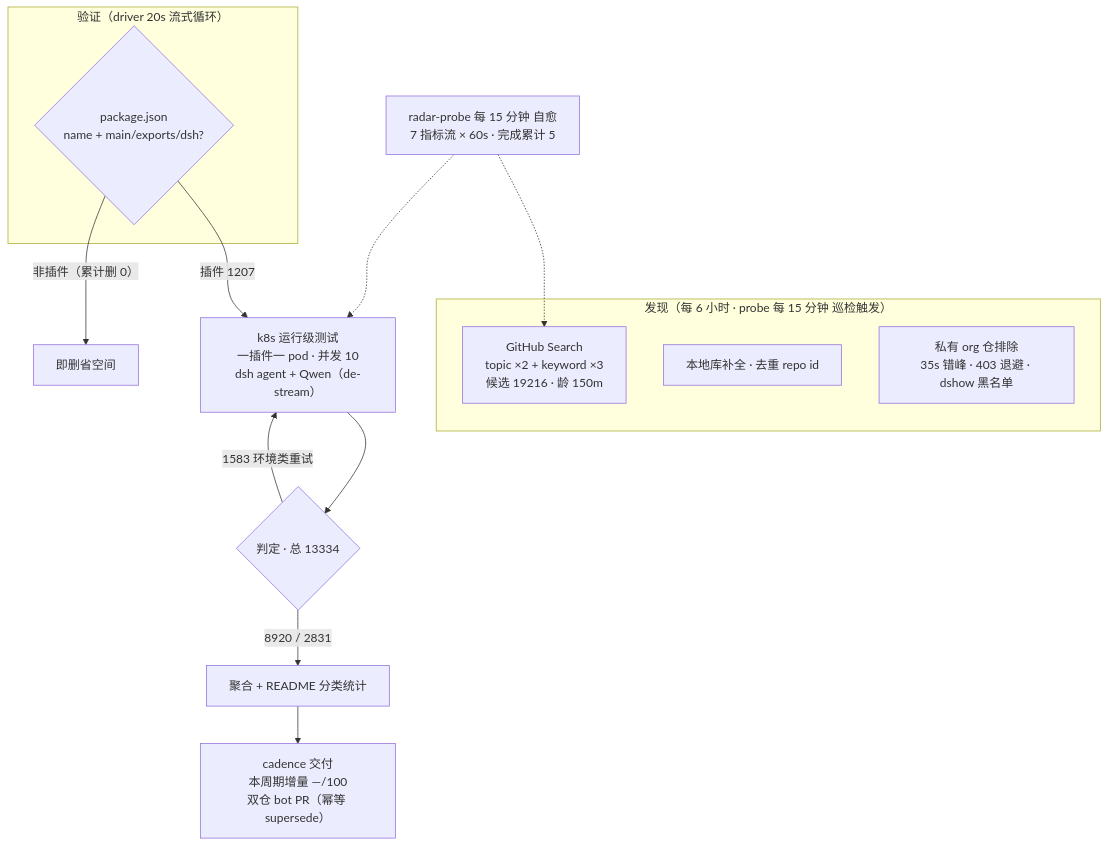
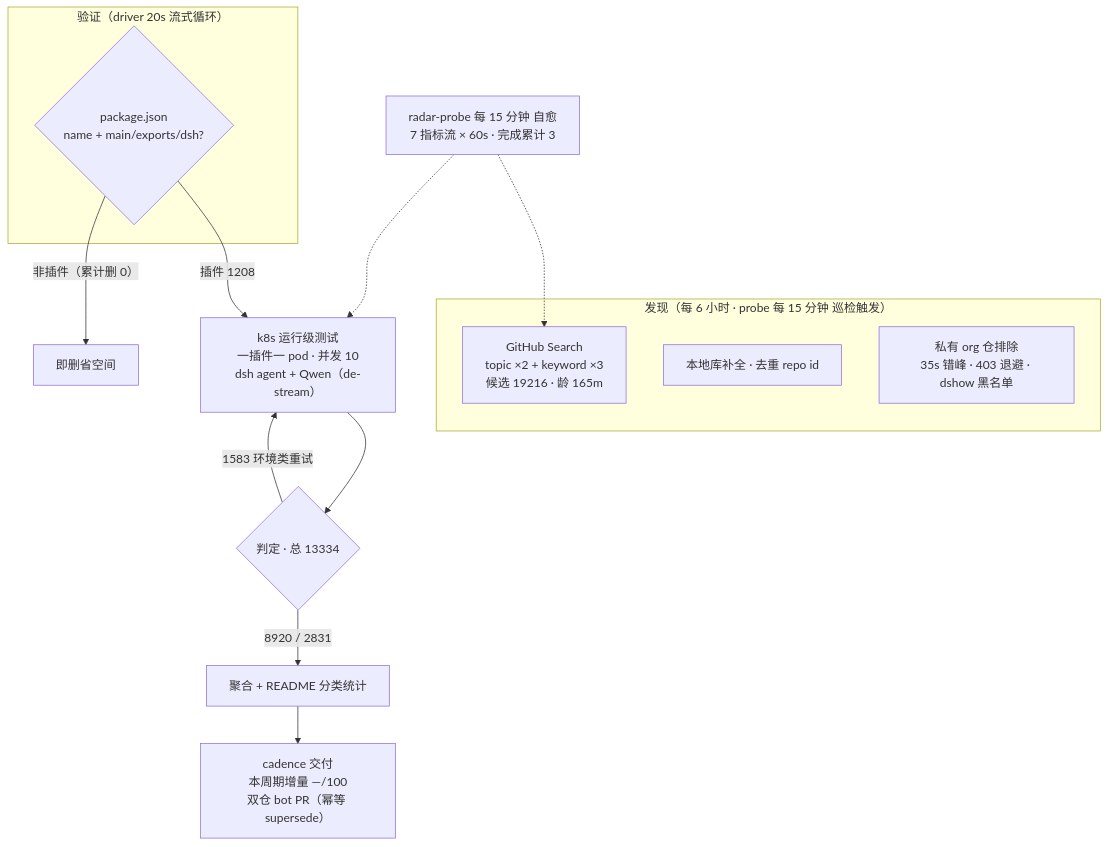
Before and after one commit to Zhidao-Lab-OSS/awesome-dsh-plugins: the diagram in README.md, drawn with Mermaid. The commit also changed other lines of this file and 1 other file, not shown here.

````diff
--- a/README.md
+++ b/README.md
@@ -56,20 +57,20 @@
 ```mermaid
 flowchart TB
     subgraph Discovery["发现（每 6 小时 · probe 每 15 分钟 巡检触发）"]
-        A1["GitHub Search<br/>topic ×2 + keyword ×3<br/>候选 19216 · 龄 150m"]
+        A1["GitHub Search<br/>topic ×2 + keyword ×3<br/>候选 19216 · 龄 165m"]
         A2["本地库补全 · 去重 repo id"]
         A3["私有 org 仓排除<br/>35s 错峰 · 403 退避 · dshow 黑名单"]
     end
     subgraph Validation["验证（driver 20s 流式循环）"]
         B1{"package.json<br/>name + main/exports/dsh?"}
     end
-    B1 -->|"插件 1207"| C1["k8s 运行级测试<br/>一插件一 pod · 并发 10<br/>dsh agent + Qwen（de-stream）"]
+    B1 -->|"插件 1208"| C1["k8s 运行级测试<br/>一插件一 pod · 并发 10<br/>dsh agent + Qwen（de-stream）"]
     B1 -->|"非插件（累计删 0）"| B3["即删省空间"]
     C1 --> D1{"判定 · 总 13334"}
     D1 -->|"8920 / 2831"| E1["聚合 + README 分类统计"]
     D1 -->|"1583 环境类重试"| C1
     E1 --> E2["cadence 交付<br/>本周期增量 —/100<br/>双仓 bot PR（幂等 supersede）"]
-    M["radar-probe 每 15 分钟 自愈<br/>7 指标流 × 60s · 完成累计 5"]
+    M["radar-probe 每 15 分钟 自愈<br/>7 指标流 × 60s · 完成累计 3"]
     M -.-> A1
     M -.-> C1
 ```
````
